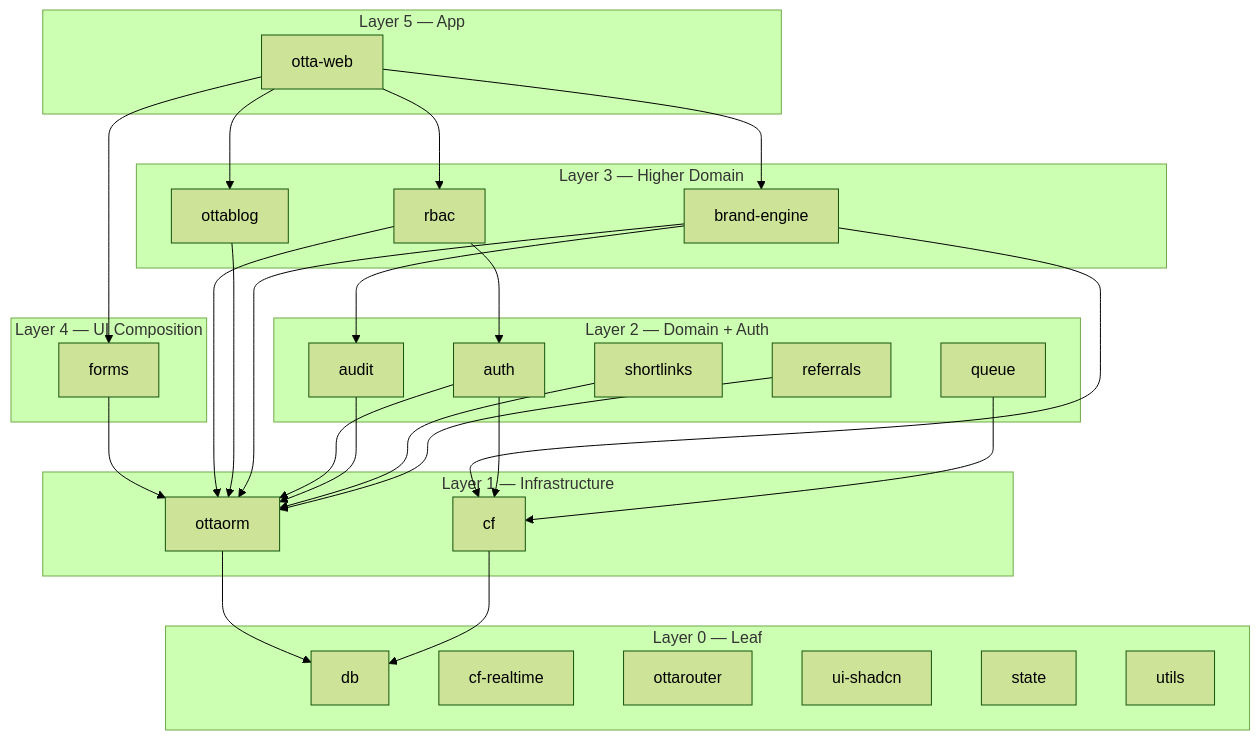
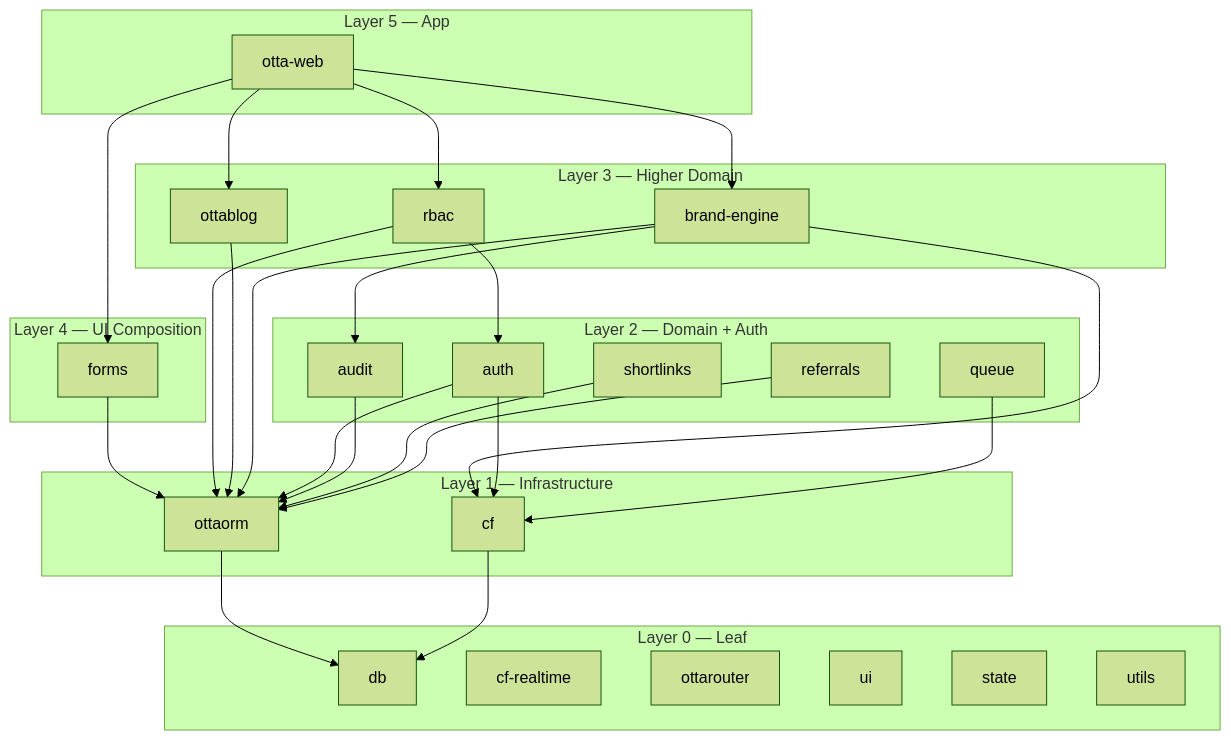
Before and after one commit to thinkdj/ottabase: the second of 13 diagrams in ARCHITECTURE.md, drawn with Mermaid (forest theme). The commit also changed other lines of this file and 479 other files, not shown here.

````diff
--- a/ARCHITECTURE.md
+++ b/ARCHITECTURE.md
@@ -58,51 +58,51 @@
 ```mermaid
 flowchart TD
     subgraph L5 [Layer 5 — App]
         App["otta-web"]
     end
 
     subgraph L4 [Layer 4 — UI Composition]
         forms
     end
 
     subgraph L3 [Layer 3 — Higher Domain]
         rbac
         ottablog
         brandEngine["brand-engine"]
     end
 
     subgraph L2 [Layer 2 — Domain + Auth]
         auth
         queue
         audit
         shortlinks
         referrals
     end
 
     subgraph L1 [Layer 1 — Infrastructure]
         cf
         ottaorm
     end
 
     subgraph L0 [Layer 0 — Leaf]
         db
         cfRealtime["cf-realtime"]
         ottarouter
-        uiShadcn["ui-shadcn"]
+        uiKit["ui"]
         state
         utils
     end
 
     App --> forms & rbac & ottablog & brandEngine
     forms --> ottaorm
     rbac --> ottaorm & auth
     ottablog --> ottaorm
     brandEngine --> ottaorm & cf & audit
     auth --> cf & ottaorm
     queue --> cf
     audit --> ottaorm
     shortlinks --> ottaorm
     referrals --> ottaorm
     ottaorm --> db
     cf --> db
 ```
````
